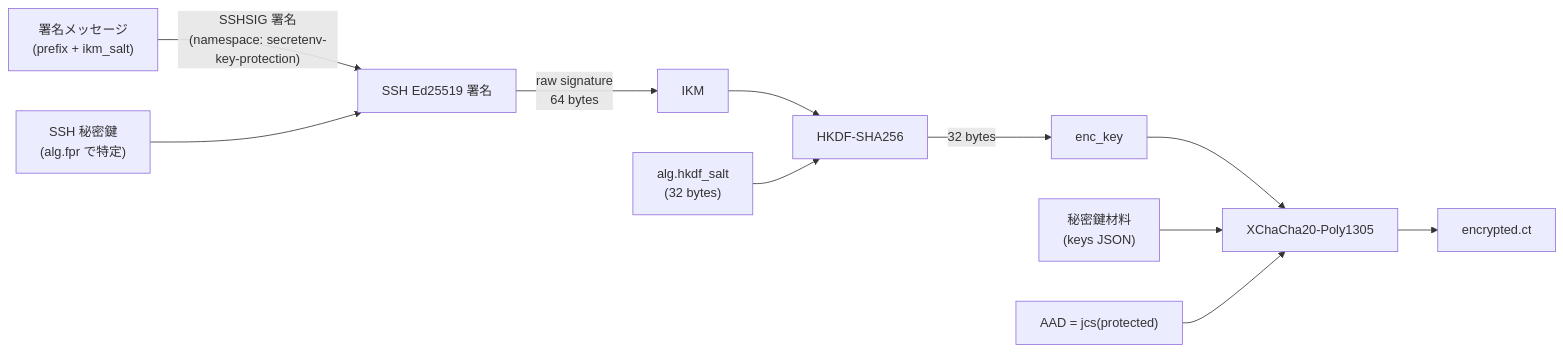
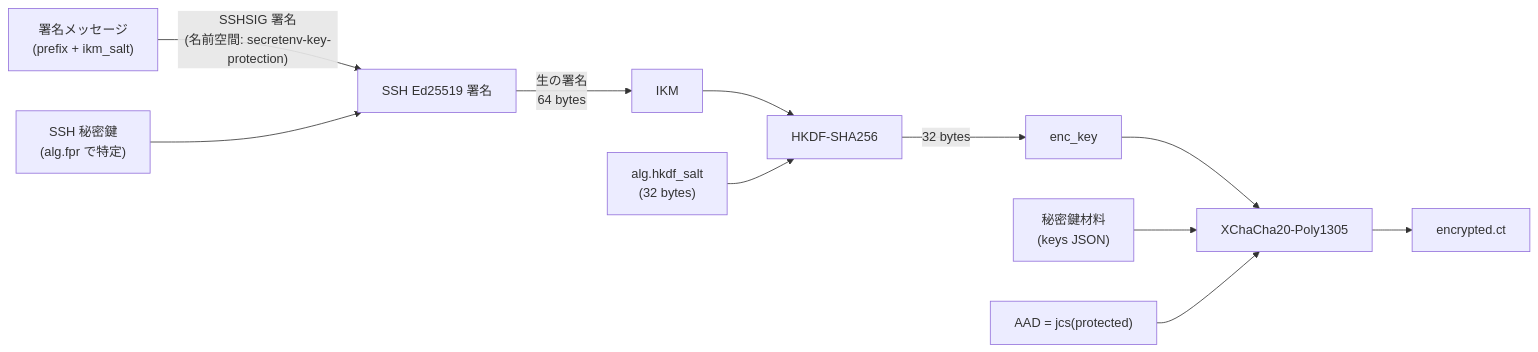
One commit to ebisawa/kapsaro changed the fifth of 6 diagrams in guides/security_design_ja.md. Above: the diagram before and after it, drawn with Mermaid. The commit also changed other lines of this file and 121 other files, not shown here.

````diff
--- a/guides/security_design_ja.md
+++ b/guides/security_design_ja.md
@@ -1160,13 +1188,13 @@
 ```mermaid
 graph LR
-    Msg["署名メッセージ<br/>(prefix + ikm_salt)"] -->|"SSHSIG 署名<br/>(namespace: secretenv-key-protection)"| SSHSign["SSH Ed25519 署名"]
+    Msg["署名メッセージ<br/>(prefix + ikm_salt)"] -->|"SSHSIG 署名<br/>(名前空間: secretenv-key-protection)"| SSHSign["SSH Ed25519 署名"]
     SSHKey["SSH 秘密鍵<br/>(alg.fpr で特定)"] --> SSHSign
-    SSHSign -->|"raw signature<br/>64 bytes"| IKM["IKM"]
+    SSHSign -->|"生の署名<br/>64 bytes"| IKM["IKM"]
     IKM --> HKDF["HKDF-SHA256"]
     Salt["alg.hkdf_salt<br/>(32 bytes)"] --> HKDF
     HKDF -->|32 bytes| EncKey["enc_key"]
     EncKey --> AEAD["XChaCha20-Poly1305"]
     Plaintext["秘密鍵材料<br/>(keys JSON)"] --> AEAD
     AAD["AAD = jcs(protected)"] --> AEAD
     AEAD --> CT["encrypted.ct"]
 ```
````
